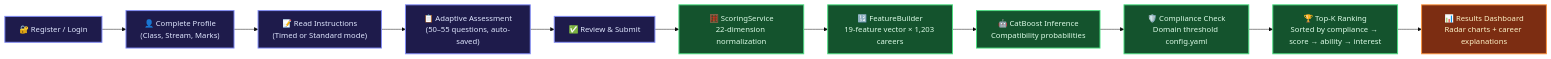
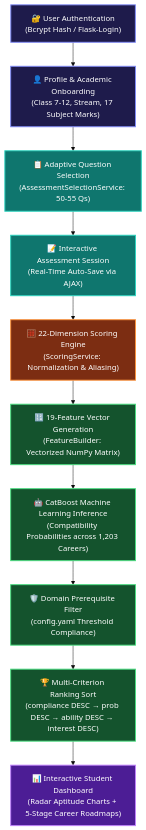
The first of 2 diagrams in README.md (AMB-007/Personalized-Career-Recommendation-System-Using-Machine-Learning), drawn with Mermaid (base theme) before and after one commit. The commit also changed other lines of this file, not shown here.

Commit message:
Enhance README with comprehensive colored sections, CatBoost V9.5 metrics, and structured architecture

````diff
--- a/README.md
+++ b/README.md
@@ -69,20 +105,18 @@
 ```mermaid
-flowchart LR
-    classDef step fill:#1E1B4B,stroke:#818CF8,stroke-width:2px,color:#E0E7FF
-    classDef ml fill:#14532D,stroke:#4ADE80,stroke-width:2px,color:#DCFCE7
-    classDef out fill:#7C2D12,stroke:#FB923C,stroke-width:2px,color:#FEF3C7
+flowchart TD
+    classDef auth fill:#1E1B4B,stroke:#818CF8,stroke-width:2px,color:#FFFFFF
+    classDef assessment fill:#0F766E,stroke:#2DD4BF,stroke-width:2px,color:#FFFFFF
+    classDef scoring fill:#7C2D12,stroke:#FB923C,stroke-width:2px,color:#FFFFFF
+    classDef ml fill:#14532D,stroke:#4ADE80,stroke-width:2px,color:#FFFFFF
+    classDef output fill:#4C1D95,stroke:#C084FC,stroke-width:2px,color:#FFFFFF
 
-    A["🔐 Register / Login"]:::step
-    B["👤 Complete Profile\n(Class, Stream, Marks)"]:::step
-    C["📝 Read Instructions\n(Timed or Standard mode)"]:::step
-    D["📋 Adaptive Assessment\n(50–55 questions, auto-saved)"]:::step
-    E["✅ Review & Submit"]:::step
-    F["🧮 ScoringService\n22-dimension normalization"]:::ml
-    G["🔢 FeatureBuilder\n19-feature vector × 1,203 careers"]:::ml
-    H["🤖 CatBoost Inference\nCompatibility probabilities"]:::ml
-    I["🛡️ Compliance Check\nDomain threshold config.yaml"]:::ml
-    J["🏆 Top-K Ranking\nSorted by compliance → score → ability → interest"]:::ml
-    K["📊 Results Dashboard\nRadar charts + career explanations"]:::out
-
-    A --> B --> C --> D --> E --> F --> G --> H --> I --> J --> K
+    A["🔐 User Authentication\n(Bcrypt Hash / Flask-Login)"]:::auth --> B["👤 Profile & Academic Onboarding\n(Class 7-12, Stream, 17 Subject Marks)"]:::auth
+    B --> C["📋 Adaptive Question Selection\n(AssessmentSelectionService: 50-55 Qs)"]:::assessment
+    C --> D["📝 Interactive Assessment Session\n(Real-Time Auto-Save via AJAX)"]:::assessment
+    D --> E["🧮 22-Dimension Scoring Engine\n(ScoringService: Normalization & Aliasing)"]:::scoring
+    E --> F["🔢 19-Feature Vector Generation\n(FeatureBuilder: Vectorized NumPy Matrix)"]:::ml
+    F --> G["🤖 CatBoost Machine Learning Inference\n(Compatibility Probabilities across 1,203 Careers)"]:::ml
+    G --> H["🛡️ Domain Prerequisite Filter\n(config.yaml Threshold Compliance)"]:::ml
+    H --> I["🏆 Multi-Criterion Ranking Sort\n(compliance DESC → prob DESC → ability DESC → interest DESC)"]:::ml
+    I --> J["📊 Interactive Student Dashboard\n(Radar Aptitude Charts + 5-Stage Career Roadmaps)"]:::output
 ```
````
